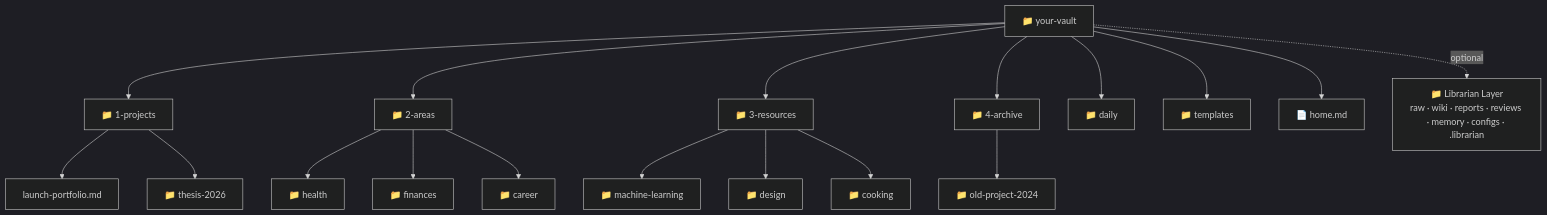
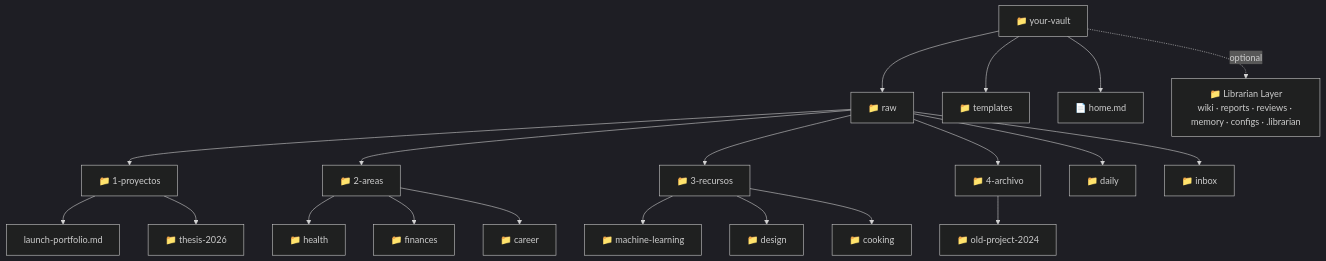
The diagram in second-brain/guides/en/04-vault-structure.md (VanessaPellegrini/second-brain-ecosystem), drawn with Mermaid (dark theme) before and after one commit. The commit also changed other lines of this file and 4 other files, not shown here.

First line of the commit message:
docs: restructure vault — PARA/daily/inbox now inside raw/

````diff
--- a/second-brain/guides/en/04-vault-structure.md
+++ b/second-brain/guides/en/04-vault-structure.md
@@ -20,21 +20,24 @@
 ```mermaid
 graph TD
-    Vault[📁 your-vault] --> P[📁 1-projects]
-    Vault --> A[📁 2-areas]
-    Vault --> R[📁 3-resources]
-    Vault --> Arc[📁 4-archive]
-    Vault --> D[📁 daily]
+    Vault[📁 your-vault] --> Raw[📁 raw]
     Vault --> T[📁 templates]
     Vault --> H[📄 home.md]
-    Vault -. optional .-> AI[📁 Librarian Layer<br/>raw · wiki · reports · reviews · memory · configs · .librarian]
+    Vault -. optional .-> AI[📁 Librarian Layer<br/>wiki · reports · reviews · memory · configs · .librarian]
+
+    Raw --> P[📁 1-proyectos]
+    Raw --> A[📁 2-areas]
+    Raw --> R[📁 3-recursos]
+    Raw --> Arc[📁 4-archivo]
+    Raw --> D[📁 daily]
+    Raw --> Inb[📁 inbox]
 
     P --> P1[launch-portfolio.md]
     P --> P2[📁 thesis-2026]
     A --> A1[📁 health]
     A --> A2[📁 finances]
     A --> A3[📁 career]
     R --> R1[📁 machine-learning]
     R --> R2[📁 design]
     R --> R3[📁 cooking]
     Arc --> Arc1[📁 old-project-2024]
 ```
````
